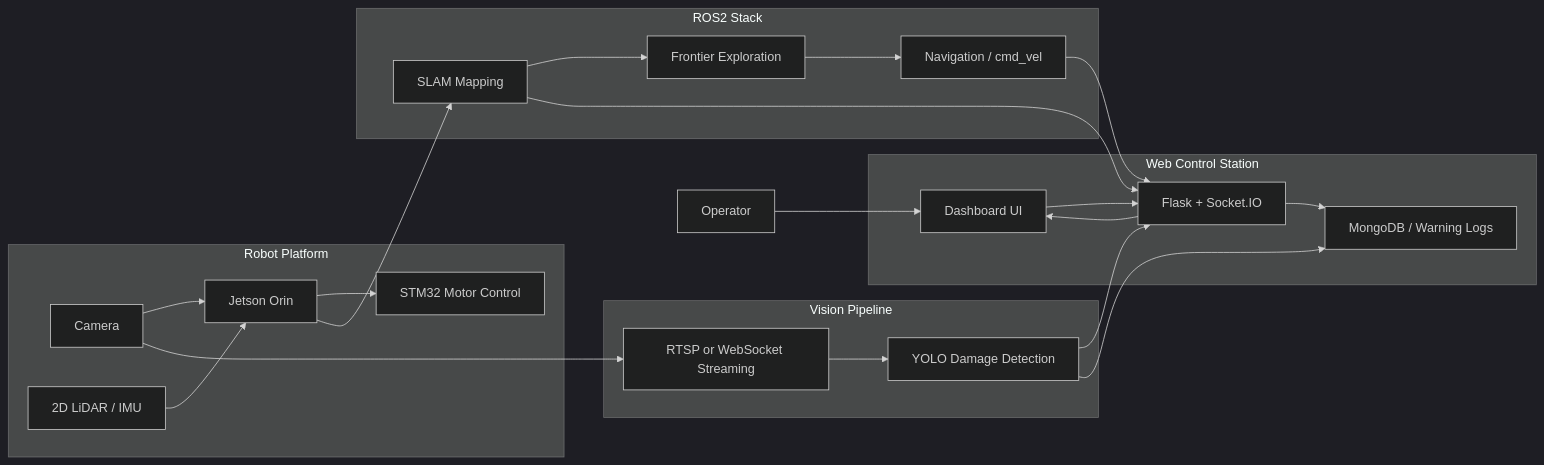
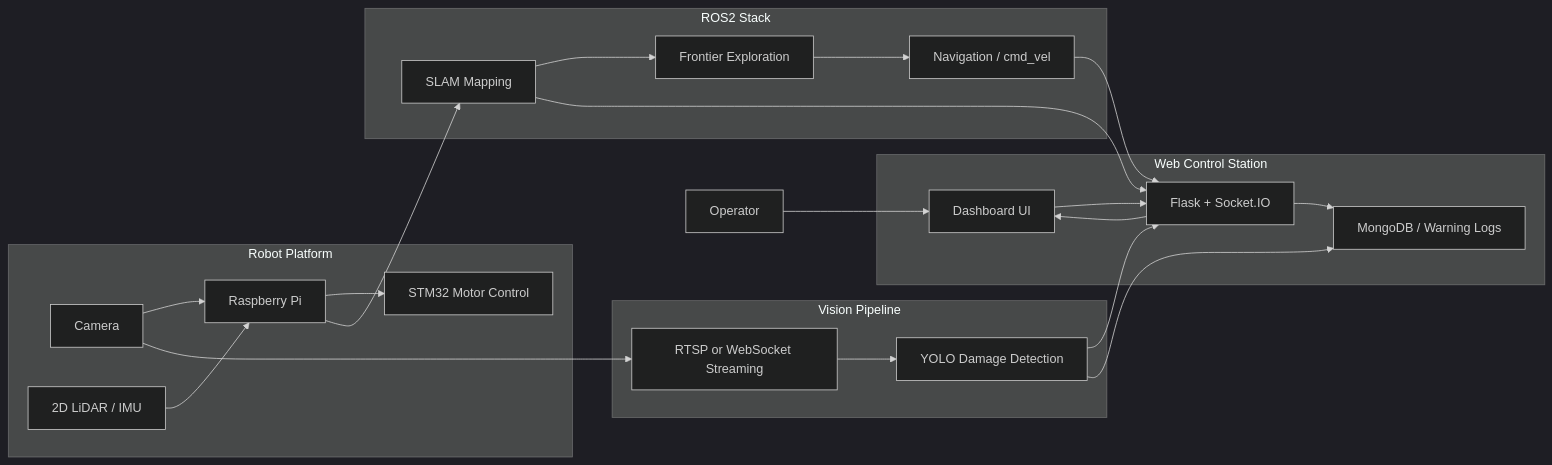
The first of 2 diagrams in docs/architecture.md (badanory/Smart-Duct-Inspection-Robot), drawn with Mermaid (dark theme) before and after one commit. The commit also changed 1 other file, not shown here.

Commit message:
Polish README and architecture docs

````diff
--- a/docs/architecture.md
+++ b/docs/architecture.md
@@ -7,45 +7,45 @@
 ```mermaid
 flowchart LR
     U[Operator]
 
     subgraph R[Robot Platform]
         C[Camera]
         L[2D LiDAR / IMU]
-        J[Jetson Orin]
+        J[Raspberry Pi]
         S[STM32 Motor Control]
         C --> J
         L --> J
         J --> S
     end
 
     subgraph N[ROS2 Stack]
         M[SLAM Mapping]
         E[Frontier Exploration]
         P[Navigation / cmd_vel]
     end
 
     subgraph V[Vision Pipeline]
         T[RTSP or WebSocket Streaming]
         Y[YOLO Damage Detection]
     end
 
     subgraph W[Web Control Station]
         F[Flask + Socket.IO]
         H[Dashboard UI]
         D[MongoDB / Warning Logs]
     end
 
     J --> M
     M --> E
     E --> P
     C --> T
     T --> Y
     M --> F
     P --> F
     Y --> F
     F --> H
     F --> D
     Y --> D
     U --> H
     H --> F
 ```
````
